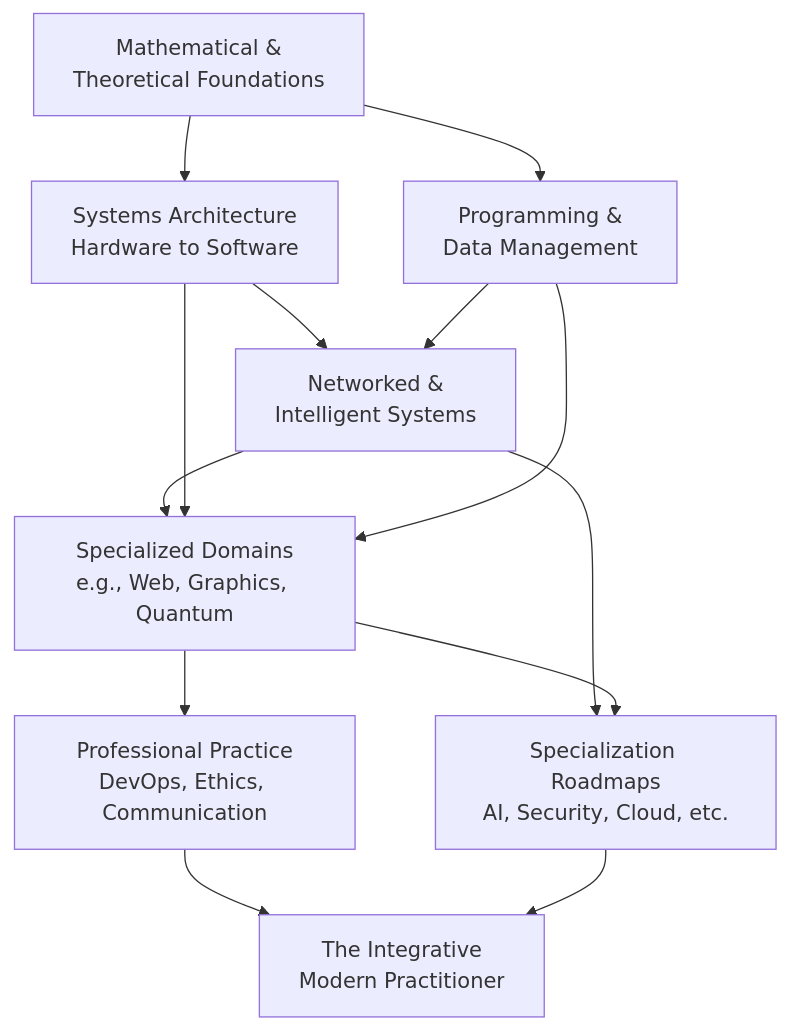
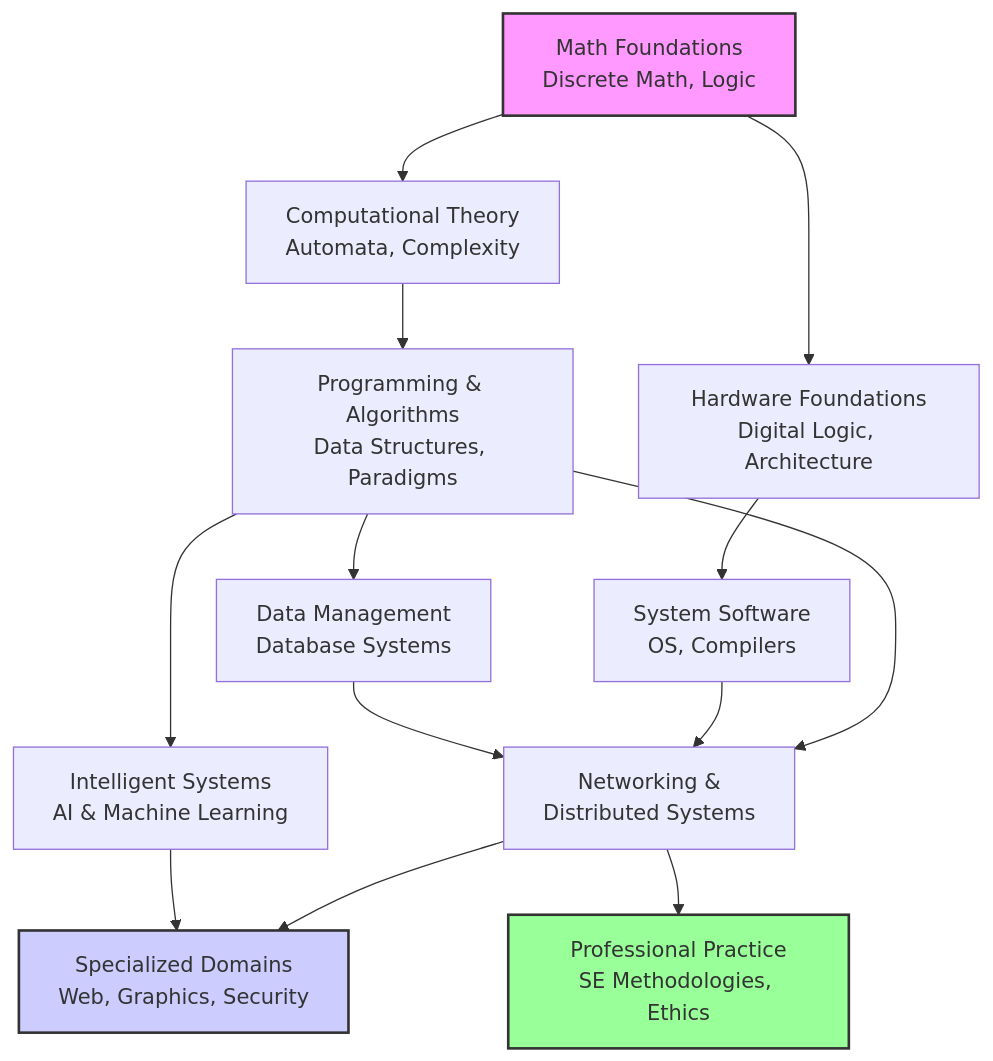
One commit to mrsamrohan/mrsamrohan changed the first of 10 diagrams in modern_computing_systems.md. Above: the diagram before and after it, drawn with Mermaid. The commit also changed other lines of this file, not shown here.

````diff
--- a/modern_computing_systems.md
+++ b/modern_computing_systems.md
@@ -52,20 +42,19 @@
 ```mermaid
-flowchart TD
-    A[Mathematical &<br>Theoretical Foundations] --> B[Systems Architecture<br>Hardware to Software]
-    A --> C[Programming &<br>Data Management]
+graph TD
+    A[Math Foundations<br>Discrete Math, Logic] --> B[Computational Theory<br>Automata, Complexity];
+    A --> C[Hardware Foundations<br>Digital Logic, Architecture];
+    B --> D[Programming & Algorithms<br>Data Structures, Paradigms];
+    C --> E[System Software<br>OS, Compilers];
+    D --> F[Data Management<br>Database Systems];
+    D --> G[Networking &<br>Distributed Systems];
+    E --> G;
+    F --> G;
+    D --> H[Intelligent Systems<br>AI & Machine Learning];
+    G --> I[Specialized Domains<br>Web, Graphics, Security];
+    H --> I;
+    G --> J[Professional Practice<br>SE Methodologies, Ethics];
     
-    B --> D[Networked &<br>Intelligent Systems]
-    C --> D
-    
-    D --> E[Specialized Domains<br>e.g., Web, Graphics, Quantum]
-    B --> E
-    C --> E
-    
-    E --> F[Professional Practice<br>DevOps, Ethics, Communication]
-    
-    D --> G[Specialization Roadmaps<br>AI, Security, Cloud, etc.]
-    E --> G
-    
-    F --> H[The Integrative<br>Modern Practitioner]
-    G --> H
+    style A fill:#f9f,stroke:#333,stroke-width:2px
+    style I fill:#ccf,stroke:#333,stroke-width:2px
+    style J fill:#9f9,stroke:#333,stroke-width:2px
 ```
````
